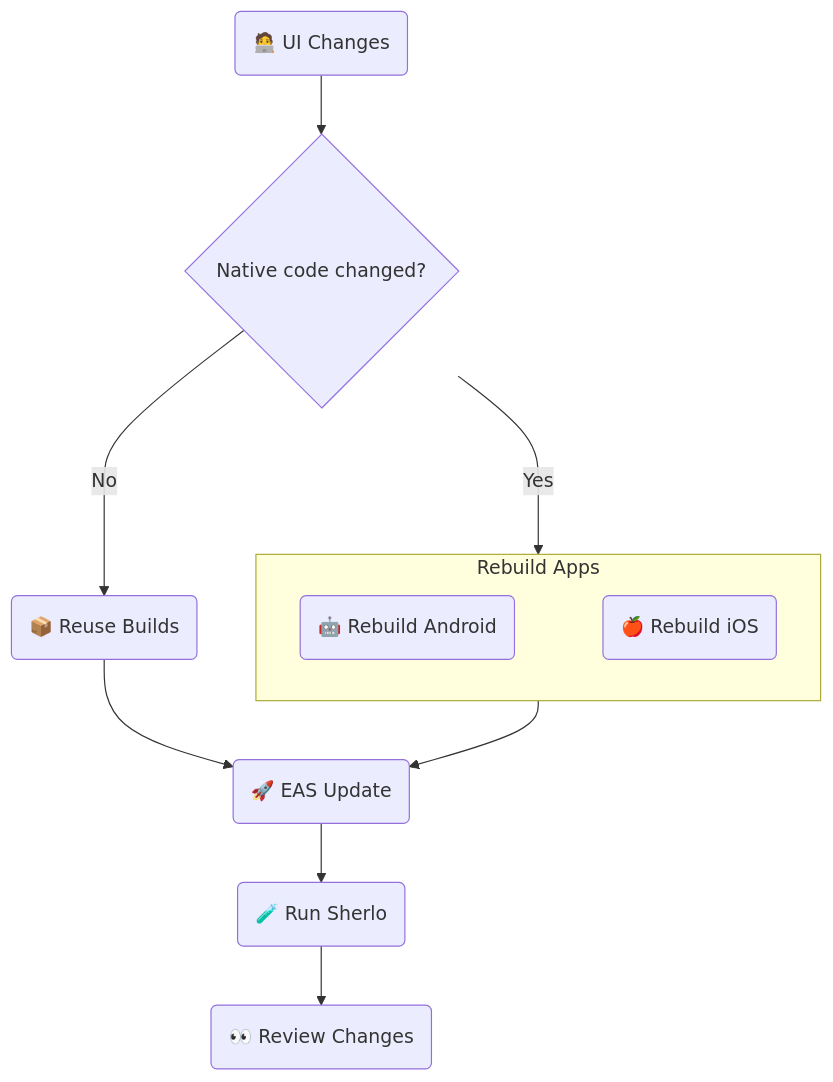
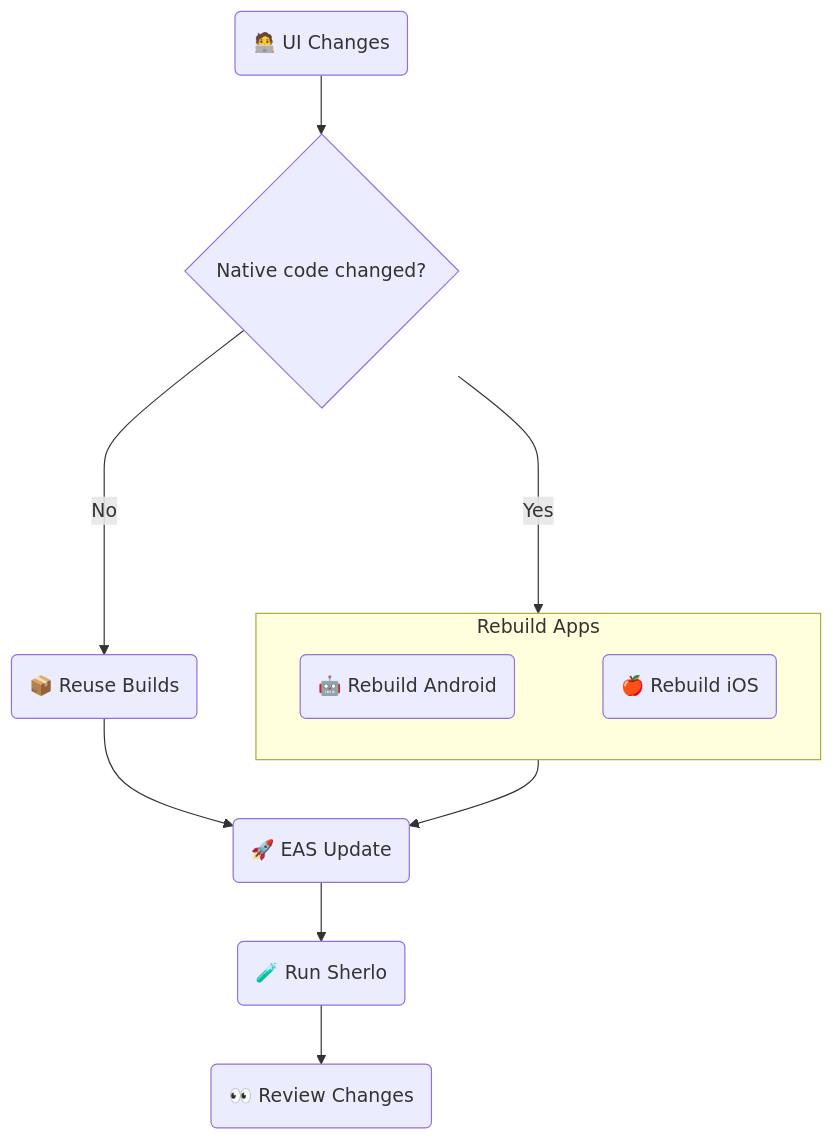
Before and after one commit to sherlo-io/sherlo: the diagram in examples/eas-update/README.md, drawn with Mermaid.

Commit message:
no message

````diff
--- a/examples/eas-update/README.md
+++ b/examples/eas-update/README.md
@@ -13,24 +13,24 @@
 ```mermaid
 flowchart TB
    UI(🧑‍💻 UI Changes)
    Check{Native code changed?}
    Reuse(📦 Reuse Builds)
    Update(🚀 EAS Update)
    Sherlo(🧪 Run Sherlo)
    Review(👀 Review Changes)
 
    subgraph Rebuild[Rebuild Apps]
       direction LR
       Android(🤖 Rebuild Android)
       iOS(🍎 Rebuild iOS)
       Android ~~~ iOS
    end
 
    UI --> Check
-   Check --->|Yes| Rebuild
+   Check ---->|Yes| Rebuild
    Check -->|No| Reuse
    Rebuild --> Update
    Reuse --> Update
    Update --> Sherlo
    Sherlo --> Review
 ```
````
